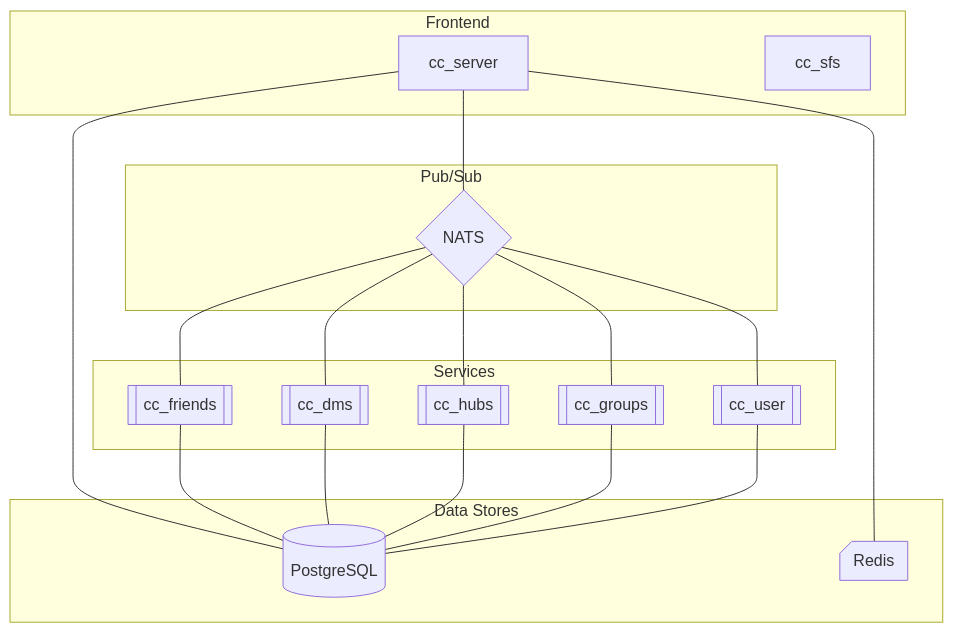
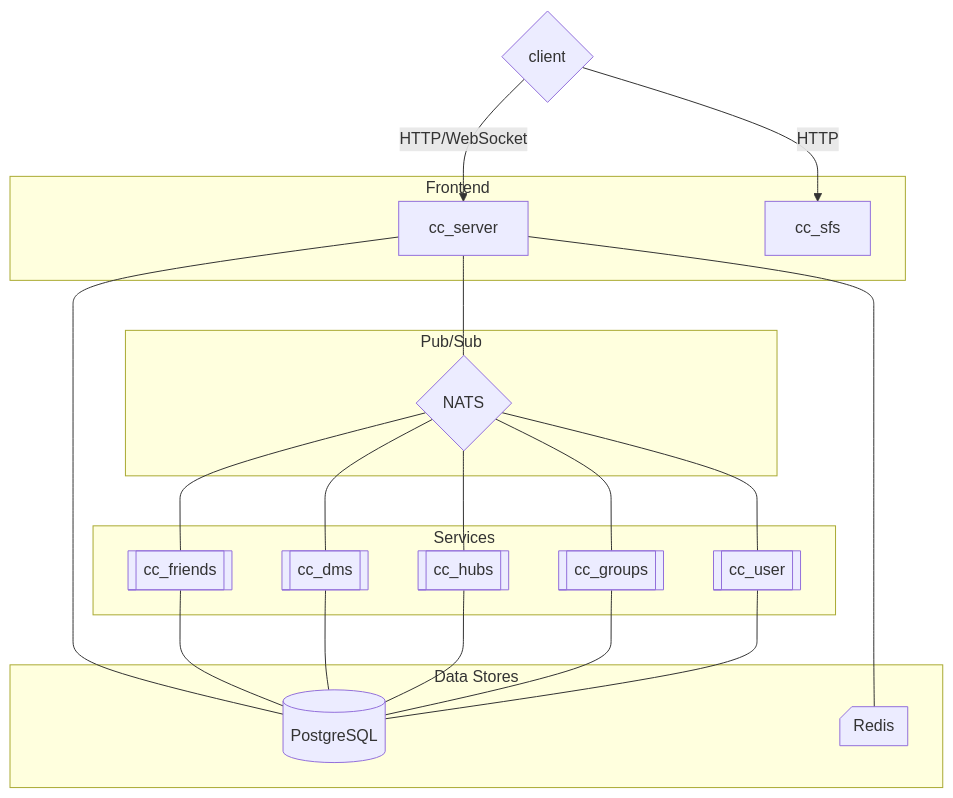
The first of 2 diagrams in README.md (laxyyza/chitychat), drawn with Mermaid before and after one commit.

````diff
--- a/README.md
+++ b/README.md
@@ -121,31 +121,34 @@
 ```mermaid
 graph TB;
+    client{client}
     subgraph Frontend
         B[cc_server]
         sfs[cc_sfs]
     end
+    client -->|HTTP/WebSocket| B
+    client -->|HTTP| sfs
 
     subgraph Pub/Sub
         D{NATS}
     end
 
     subgraph Services
         D --- friends[[cc_friends]]
         D --- hubs[[cc_hubs]]
         D --- groups[[cc_groups]]
         D --- dms[[cc_dms]]
         D --- user[[cc_user]]
     end
 
     subgraph Data Stores
         B --- pg[(PostgreSQL)]
         B --- A@{ shape: card, label: "Redis" }
     end
 
     B --- D
     friends --- pg
     dms --- pg
     hubs --- pg
     groups --- pg
     user --- pg
 ```
````
